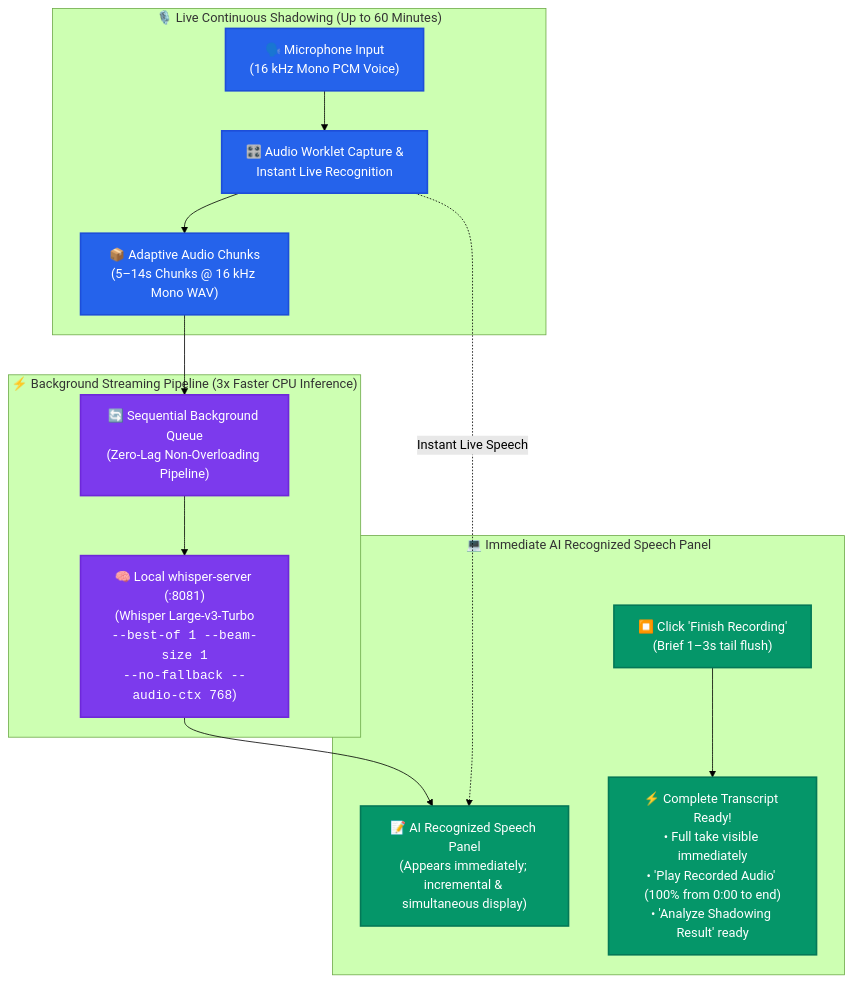
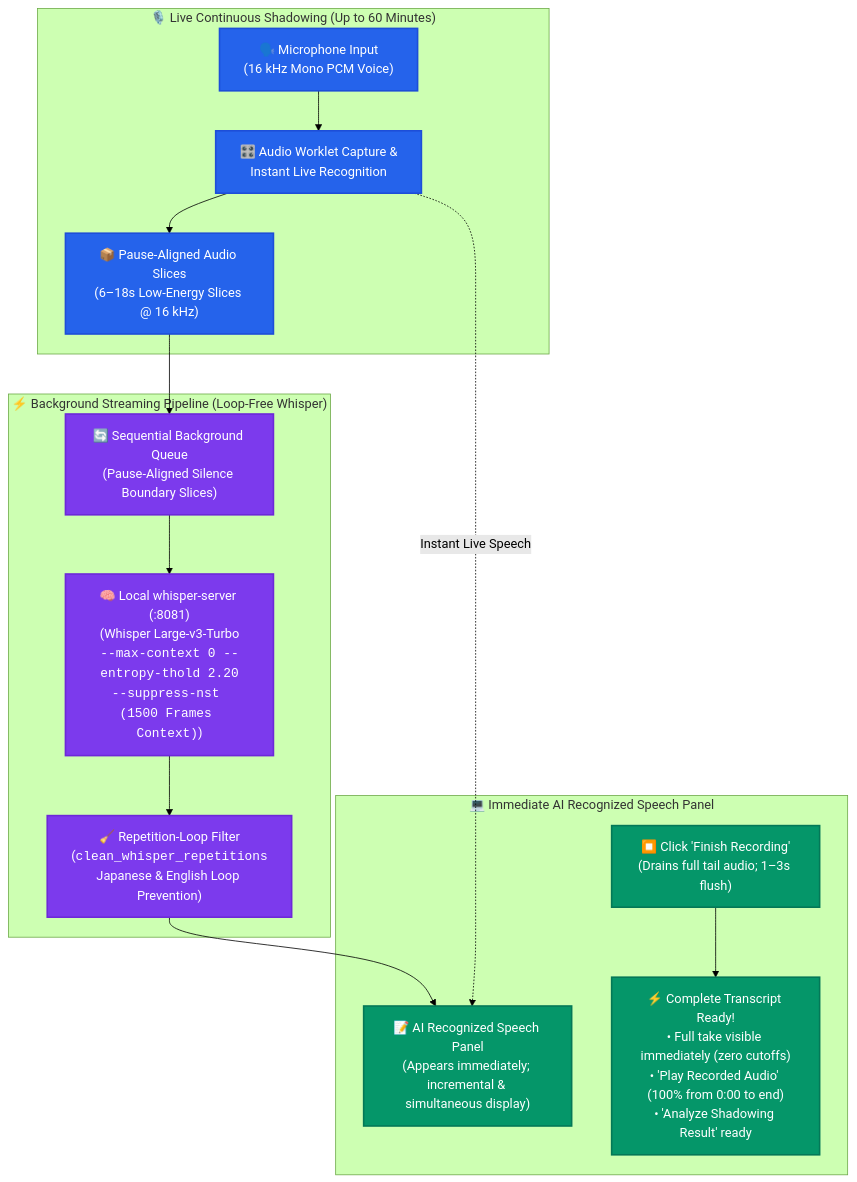
The third of 7 diagrams in README.md (NinjaRoboticsEducation/EchoLearning), drawn with Mermaid (forest theme) before and after one commit. The commit also changed other lines of this file and 6 other files, not shown here.

Commit message:
streaming recording fix

````diff
--- a/README.md
+++ b/README.md
@@ -442,25 +446,26 @@
 ```mermaid
 flowchart TD
     subgraph LIVE ["🎙️ Live Continuous Shadowing (Up to 60 Minutes)"]
         MIC["🗣️ Microphone Input<br/>(16 kHz Mono PCM Voice)"] --> CAP["🎛️ Audio Worklet Capture &<br/>Instant Live Recognition"]
-        CAP --> BUF["📦 Adaptive Audio Chunks<br/>(5–14s Chunks @ 16 kHz Mono WAV)"]
+        CAP --> BUF["📦 Pause-Aligned Audio Slices<br/>(6–18s Low-Energy Slices @ 16 kHz)"]
     end
 
-    subgraph BG ["⚡ Background Streaming Pipeline (3x Faster CPU Inference)"]
-        BUF --> QUEUE["🔄 Sequential Background Queue<br/>(Zero-Lag Non-Overloading Pipeline)"]
-        QUEUE --> WHISPER["🧠 Local whisper-server (:8081)<br/>(Whisper Large-v3-Turbo<br/><code>--best-of 1 --beam-size 1<br/>--no-fallback --audio-ctx 768</code>)"]
+    subgraph BG ["⚡ Background Streaming Pipeline (Loop-Free Whisper)"]
+        BUF --> QUEUE["🔄 Sequential Background Queue<br/>(Pause-Aligned Silence Boundary Slices)"]
+        QUEUE --> WHISPER["🧠 Local whisper-server (:8081)<br/>(Whisper Large-v3-Turbo<br/><code>--max-context 0 --entropy-thold 2.20<br/>--suppress-nst (1500 Frames Context)</code>)"]
+        WHISPER --> CLEAN["🧹 Repetition-Loop Filter<br/>(<code>clean_whisper_repetitions</code><br/>Japanese & English Loop Prevention)"]
     end
 
     subgraph UI ["💻 Immediate AI Recognized Speech Panel"]
         CAP -. "Instant Live Speech" .-> LIVE_TEXT["📝 AI Recognized Speech Panel<br/>(Appears immediately; incremental & simultaneous display)"]
-        WHISPER --> LIVE_TEXT
-        STOP["⏹️ Click 'Finish Recording'<br/>(Brief 1–3s tail flush)"] --> FAST["⚡ Complete Transcript Ready!<br/>• Full take visible immediately<br/>• 'Play Recorded Audio' (100% from 0:00 to end)<br/>• 'Analyze Shadowing Result' ready"]
+        CLEAN --> LIVE_TEXT
+        STOP["⏹️ Click 'Finish Recording'<br/>(Drains full tail audio; 1–3s flush)"] --> FAST["⚡ Complete Transcript Ready!<br/>• Full take visible immediately (zero cutoffs)<br/>• 'Play Recorded Audio' (100% from 0:00 to end)<br/>• 'Analyze Shadowing Result' ready"]
     end
 
     classDef primary fill:#2563eb,stroke:#1d4ed8,color:#ffffff,stroke-width:2px;
     classDef bg fill:#7c3aed,stroke:#6d28d9,color:#ffffff,stroke-width:2px;
     classDef ui fill:#059669,stroke:#047857,color:#ffffff,stroke-width:2px;
     class MIC,CAP,BUF primary;
-    class QUEUE,WHISPER bg;
+    class QUEUE,WHISPER,CLEAN bg;
     class LIVE_TEXT,STOP,FAST ui;
 ```
````
